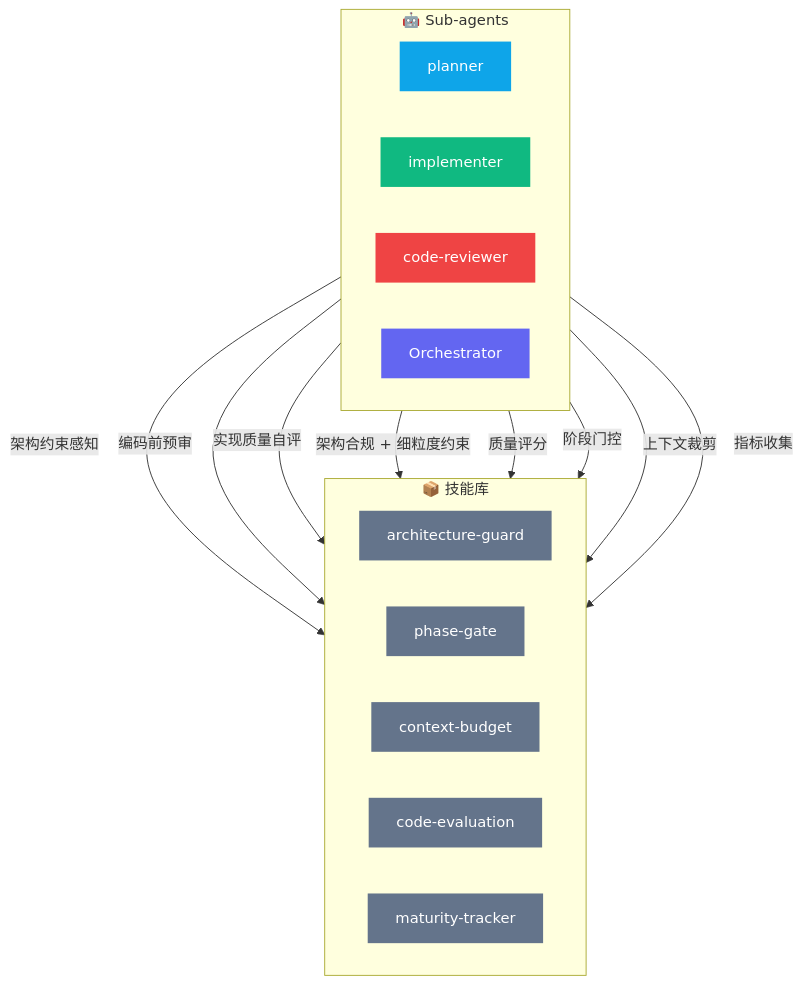
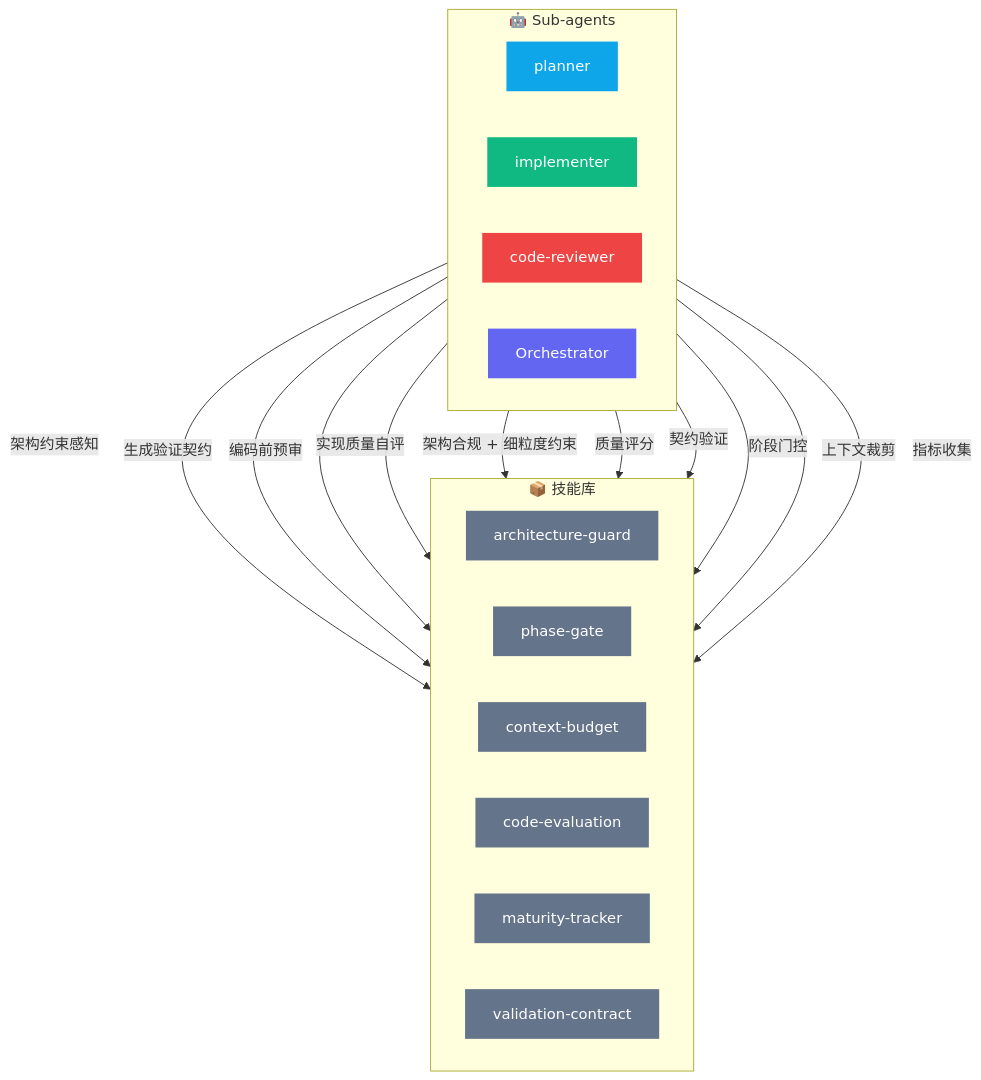
Before and after one commit to Kucell/cortex-agent: the second of 2 diagrams in docs/sub-agents.md, drawn with Mermaid. The commit also changed other lines of this file and 24 other files, not shown here.

````diff
--- a/docs/sub-agents.md
+++ b/docs/sub-agents.md
@@ -57,38 +57,42 @@
 ```mermaid
 graph TB
     subgraph Agents["🤖 Sub-agents"]
         direction LR
         PL[planner]
         IM[implementer]
         CR[code-reviewer]
         O[Orchestrator]
     end
 
     subgraph Skills["📦 技能库"]
         direction LR
         AG[architecture-guard]
         PG[phase-gate]
         CB[context-budget]
         CE[code-evaluation]
         MT[maturity-tracker]
+        VC[validation-contract]
     end
 
     PL -->|架构约束感知| AG
+    PL -->|生成验证契约| VC
     IM -->|编码前预审| AG
     IM -->|实现质量自评| CE
     CR -->|架构合规 + 细粒度约束| AG
     CR -->|质量评分| CE
+    CR -->|契约验证| VC
     O  -->|阶段门控| PG
     O  -->|上下文裁剪| CB
     O  -->|指标收集| MT
 
     style PL fill:#0ea5e9,color:#fff,stroke:none
     style IM fill:#10b981,color:#fff,stroke:none
     style CR fill:#ef4444,color:#fff,stroke:none
     style O  fill:#6366f1,color:#fff,stroke:none
     style AG fill:#64748b,color:#fff,stroke:none
     style PG fill:#64748b,color:#fff,stroke:none
     style CB fill:#64748b,color:#fff,stroke:none
     style CE fill:#64748b,color:#fff,stroke:none
     style MT fill:#64748b,color:#fff,stroke:none
+    style VC fill:#64748b,color:#fff,stroke:none
 ```
````
